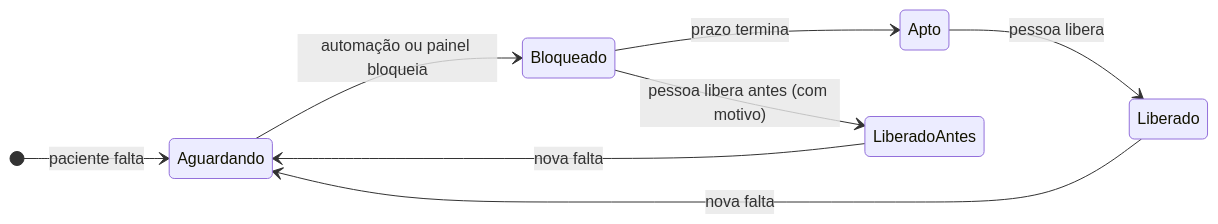
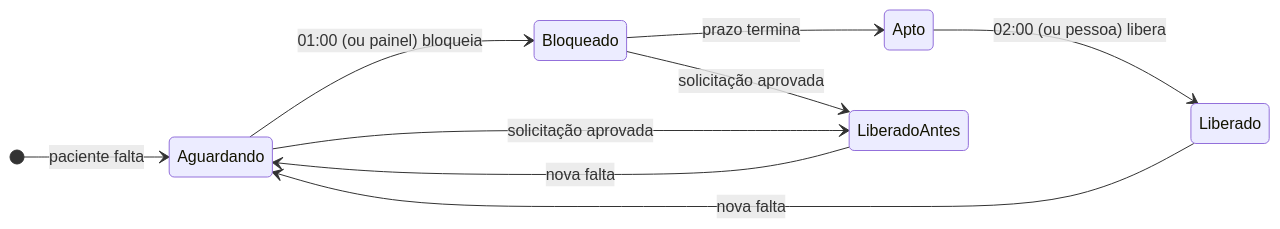
One commit to clariens/painel-integracao-desbloqueio-CNN-web changed the third of 3 diagrams in docs/visao-geral.md. Above: the diagram before and after it, drawn with Mermaid. The commit also changed other lines of this file and 91 other files, not shown here.

````diff
--- a/docs/visao-geral.md
+++ b/docs/visao-geral.md
@@ -95,11 +103,12 @@
 ```mermaid
 stateDiagram-v2
     direction LR
     [*] --> Aguardando: paciente falta
-    Aguardando --> Bloqueado: automação ou painel bloqueia
+    Aguardando --> Bloqueado: 01:00 (ou painel) bloqueia
     Bloqueado --> Apto: prazo termina
-    Apto --> Liberado: pessoa libera
-    Bloqueado --> LiberadoAntes: pessoa libera antes (com motivo)
+    Apto --> Liberado: 02:00 (ou pessoa) libera
+    Bloqueado --> LiberadoAntes: solicitação aprovada
+    Aguardando --> LiberadoAntes: solicitação aprovada
     Liberado --> Aguardando: nova falta
     LiberadoAntes --> Aguardando: nova falta
 ```
````
